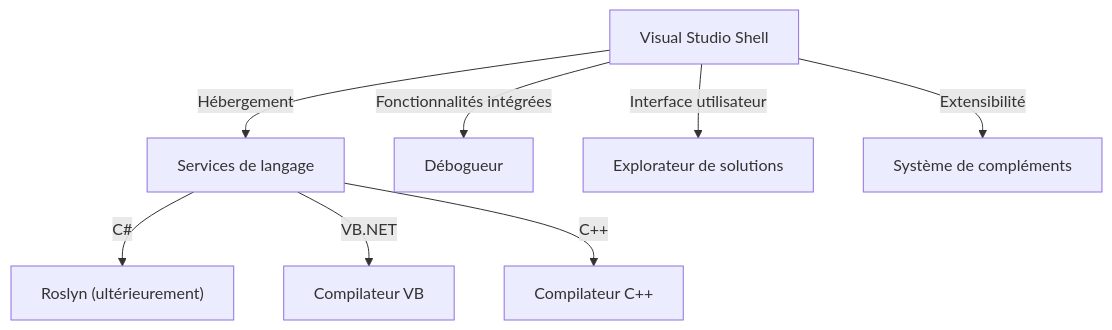
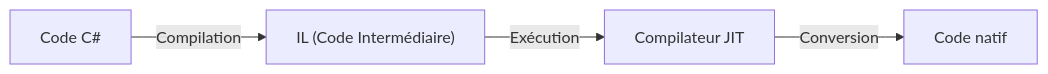
The second of 2 diagrams in content/post/history-of-visual-studio/index.fr.md (kenjinote/blog), drawn with Mermaid before and after one commit. The commit also changed other lines of this file and 129 other files, not shown here.

````diff
--- a/content/post/history-of-visual-studio/index.fr.md
+++ b/content/post/history-of-visual-studio/index.fr.md
@@ -85,11 +51,6 @@
 ```mermaid
-graph TD
-    A["Visual Studio Shell"] -- "Hébergement" --> B["Services de langage"]
-    B -- "C#" --> C["Roslyn (ultérieurement)"]
-    B -- "VB.NET" --> D["Compilateur VB"]
-    B -- "C++" --> E["Compilateur C++"]
-    
-    A -- "Fonctionnalités intégrées" --> F["Débogueur"]
-    A -- "Interface utilisateur" --> G["Explorateur de solutions"]
-    A -- "Extensibilité" --> H["Système de compléments"]
+graph LR
+    A["Code C#"] -- "Compilation" --> B["IL (Code Intermédiaire)"]
+    B -- "Exécution" --> C["Compilateur JIT"]
+    C -- "Conversion" --> D["Code natif"]
 ```
````
